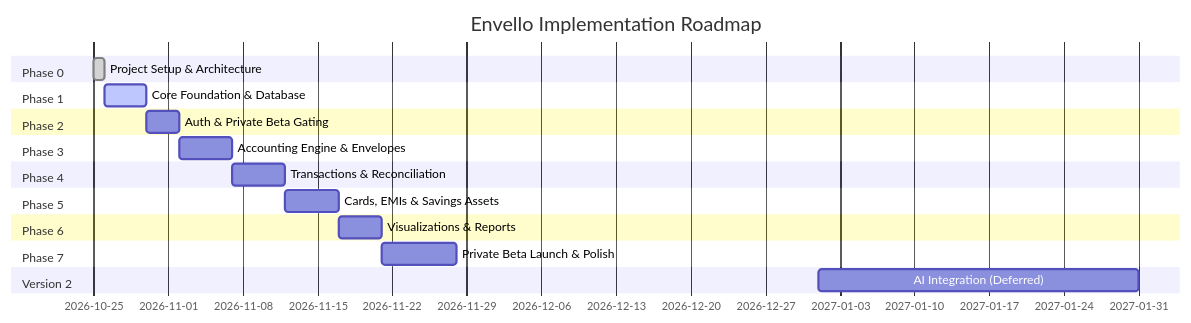
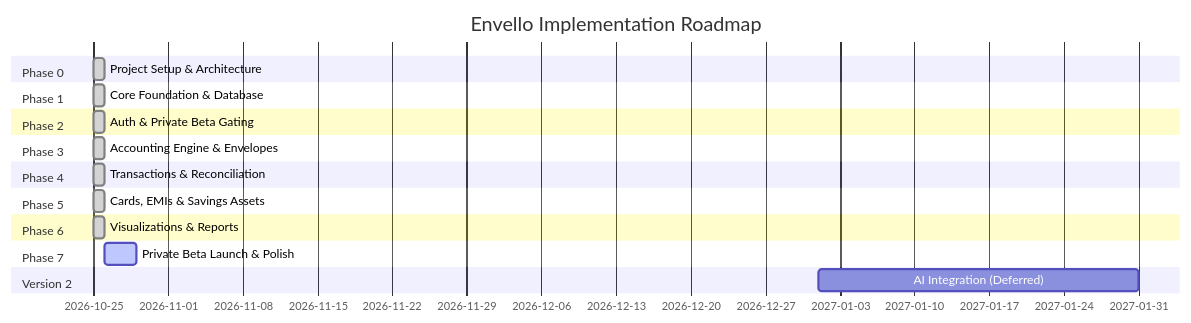
The diagram in docs/ROADMAP.md (JayeshRocks/Envello), drawn with Mermaid before and after one commit. The commit also changed 7 other files, not shown here.

````diff
--- a/docs/ROADMAP.md
+++ b/docs/ROADMAP.md
@@ -5,23 +5,23 @@
 ```mermaid
 gantt
     title Envello Implementation Roadmap
     dateFormat  YYYY-MM-DD
     section Phase 0
     Project Setup & Architecture   :done, p0, 2026-10-25, 1d
     section Phase 1
-    Core Foundation & Database     :active, p1, 2026-10-26, 4d
+    Core Foundation & Database     :done, p1, 2026-10-25, 1d
     section Phase 2
-    Auth & Private Beta Gating     :p2, after p1, 3d
+    Auth & Private Beta Gating     :done, p2, 2026-10-25, 1d
     section Phase 3
-    Accounting Engine & Envelopes  :p3, after p2, 5d
+    Accounting Engine & Envelopes  :done, p3, 2026-10-25, 1d
     section Phase 4
-    Transactions & Reconciliation  :p4, after p3, 5d
+    Transactions & Reconciliation  :done, p4, 2026-10-25, 1d
     section Phase 5
-    Cards, EMIs & Savings Assets   :p5, after p4, 5d
+    Cards, EMIs & Savings Assets   :done, p5, 2026-10-25, 1d
     section Phase 6
-    Visualizations & Reports       :p6, after p5, 4d
+    Visualizations & Reports       :done, p6, 2026-10-25, 1d
     section Phase 7
-    Private Beta Launch & Polish   :p7, after p6, 7d
+    Private Beta Launch & Polish   :active, p7, 2026-10-26, 3d
     section Version 2
     AI Integration (Deferred)      :p8, 2027-01-01, 30d
 ```
````
